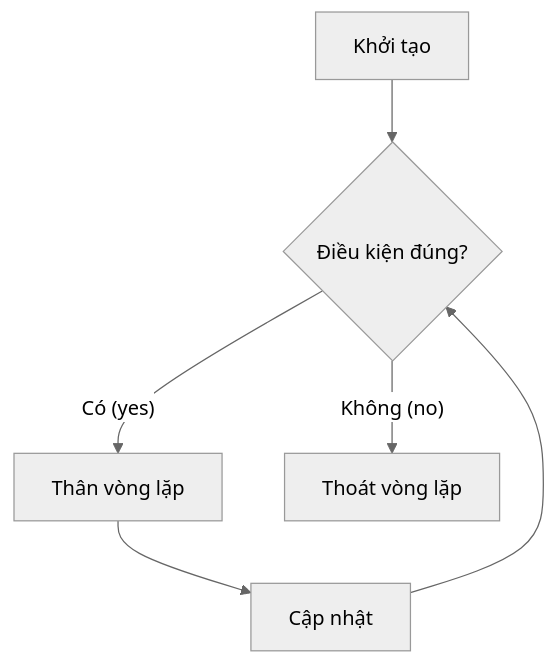
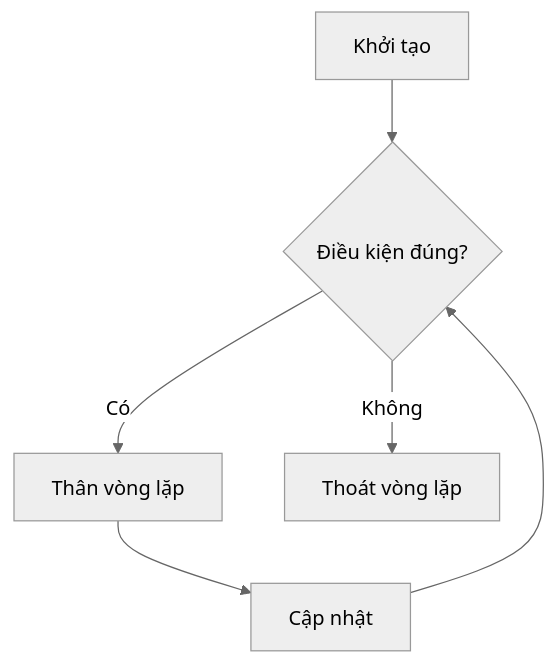
The second of 3 diagrams in vi/06-control-flow/theory/02-loops.md (PhuThien2005/theoretical-of-java-core), drawn with Mermaid (neutral theme) before and after one commit. The commit also changed other lines of this file and 229 other files, not shown here.

````diff
--- a/vi/06-control-flow/theory/02-loops.md
+++ b/vi/06-control-flow/theory/02-loops.md
@@ -124,8 +118,8 @@
 ```mermaid
 flowchart TD
     A[Khởi tạo] --> B{Điều kiện đúng?}
-    B -- Có (yes) --> C[Thân vòng lặp]
+    B -- Có --> C[Thân vòng lặp]
     C --> D[Cập nhật]
     D --> B
-    B -- Không (no) --> E[Thoát vòng lặp]
+    B -- Không --> E[Thoát vòng lặp]
 ```
````
